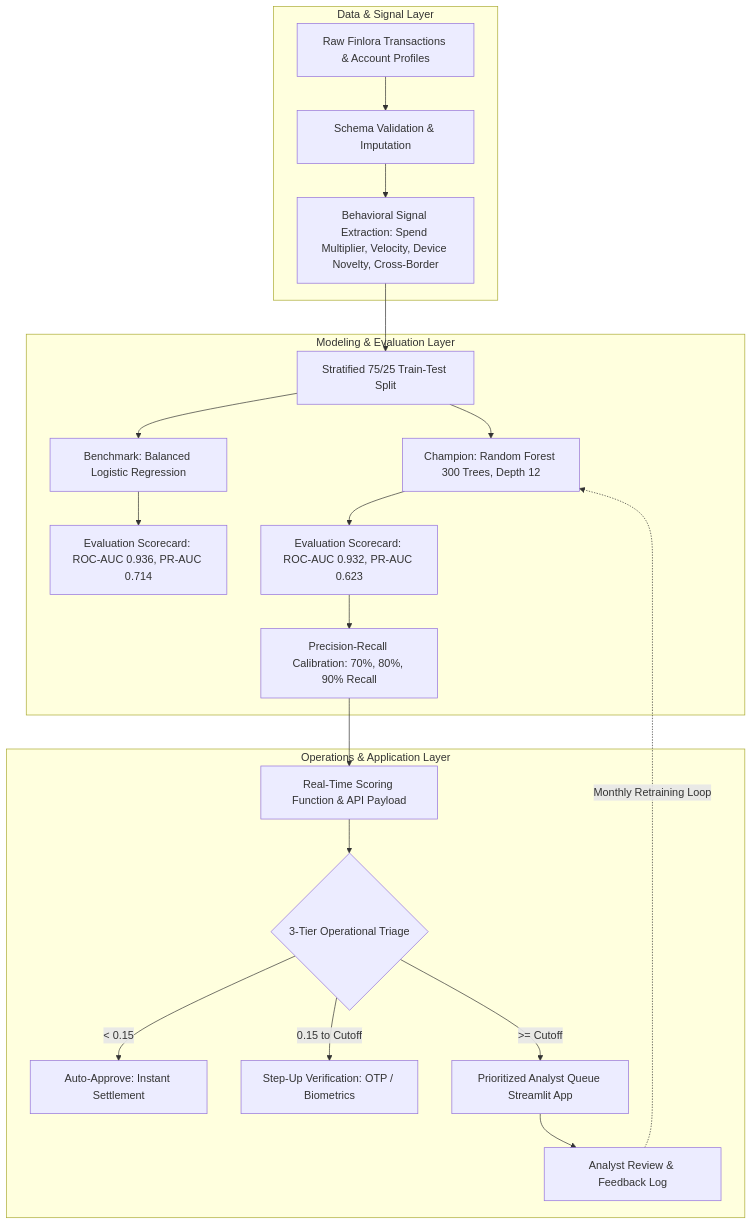
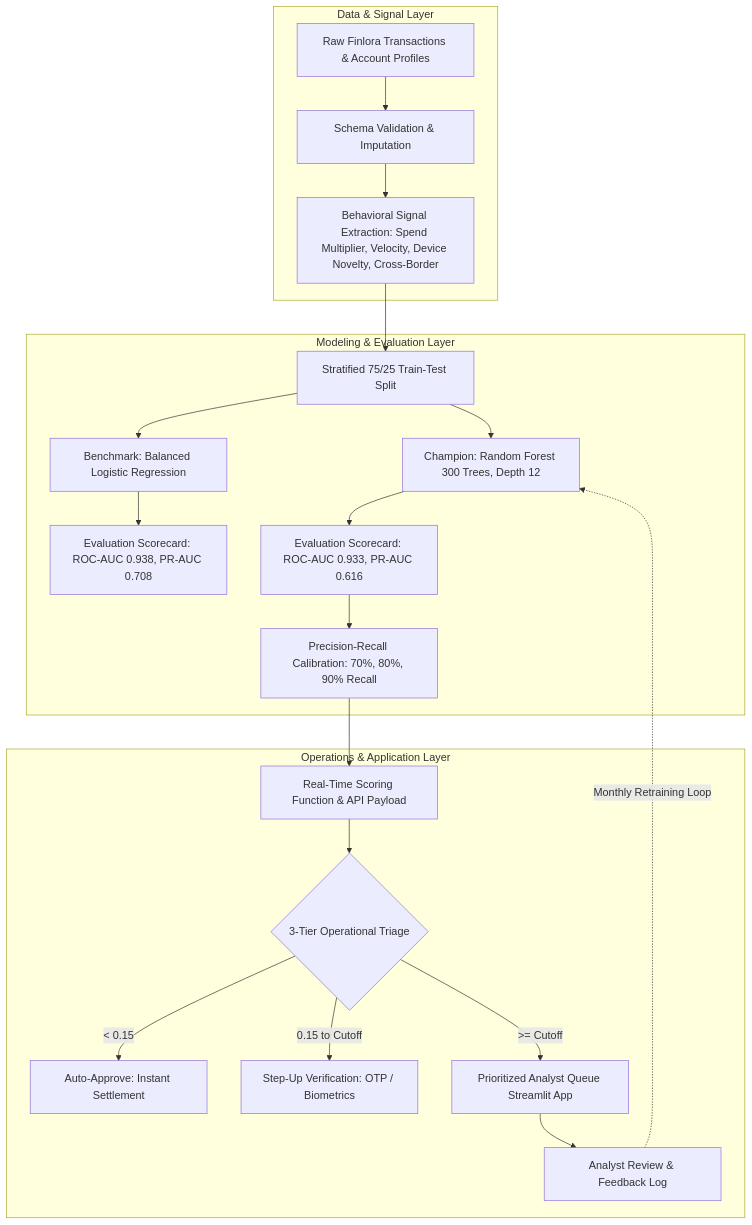
One commit to earlchirchir/Fraud-Detection-Risk-Scoring changed the diagram in README.md. Above: the diagram before and after it, drawn with Mermaid. The commit also changed other lines of this file, not shown here.

````diff
--- a/README.md
+++ b/README.md
@@ -25,26 +27,26 @@
 ```mermaid
 graph TD
     subgraph Data & Signal Layer
         A[Raw Finlora Transactions & Account Profiles] --> B[Schema Validation & Imputation]
         B --> C[Behavioral Signal Extraction: Spend Multiplier, Velocity, Device Novelty, Cross-Border]
     end
 
     subgraph Modeling & Evaluation Layer
         C --> D[Stratified 75/25 Train-Test Split]
         D --> E[Benchmark: Balanced Logistic Regression]
         D --> F[Champion: Random Forest 300 Trees, Depth 12]
-        E --> G[Evaluation Scorecard: ROC-AUC 0.936, PR-AUC 0.714]
-        F --> H[Evaluation Scorecard: ROC-AUC 0.932, PR-AUC 0.623]
+        E --> G[Evaluation Scorecard: ROC-AUC 0.938, PR-AUC 0.708]
+        F --> H[Evaluation Scorecard: ROC-AUC 0.933, PR-AUC 0.616]
         H --> I[Precision-Recall Calibration: 70%, 80%, 90% Recall]
     end
 
     subgraph Operations & Application Layer
         I --> J[Real-Time Scoring Function & API Payload]
         J --> K{3-Tier Operational Triage}
         K -->|< 0.15| L[Auto-Approve: Instant Settlement]
         K -->|0.15 to Cutoff| M[Step-Up Verification: OTP / Biometrics]
         K -->|>= Cutoff| N[Prioritized Analyst Queue Streamlit App]
         N --> O[Analyst Review & Feedback Log]
         O -.->|Monthly Retraining Loop| F
     end
 ```
````
